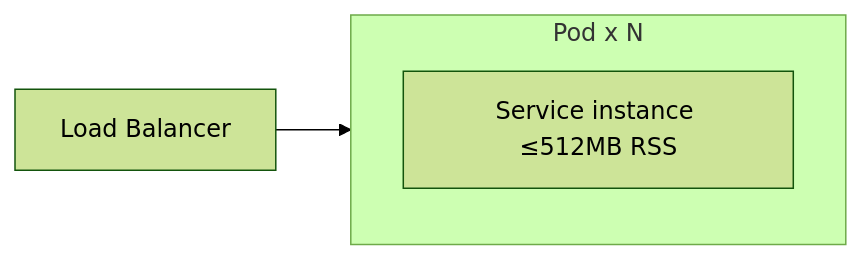
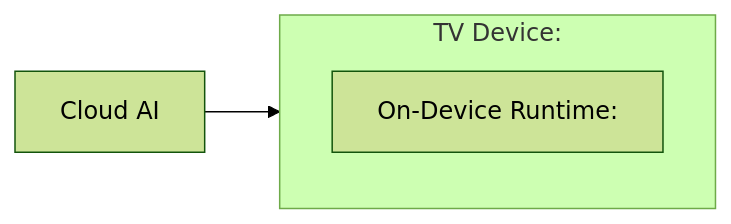
Before and after one commit to simpsonys/ysda-arch-harness: the fourth of 4 diagrams in templates/architecture-description.md, drawn with Mermaid (forest theme). The commit also changed other lines of this file and 48 other files, not shown here.

````diff
--- a/templates/architecture-description.md
+++ b/templates/architecture-description.md
@@ -44,7 +44,7 @@
 ```mermaid
 flowchart LR
-  subgraph Node1[Pod x N]
-    inst[Service instance ≤512MB RSS]
+  subgraph Device[TV Device: <DEVICE_CLASS>]
+    inst[On-Device Runtime: <MAX_RSS_MB>]
   end
-  lb[Load Balancer] --> Node1
+  cloud[Cloud AI] --> Device
 ```
````
